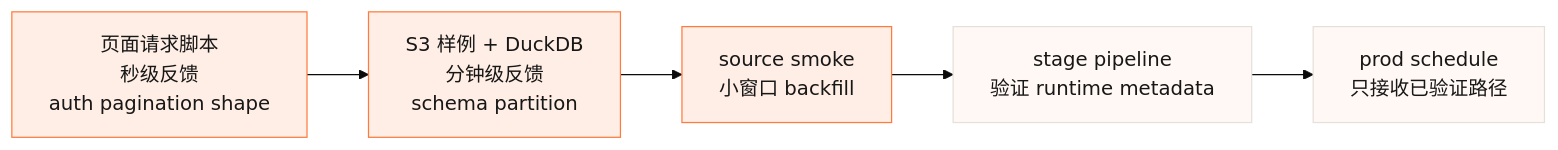
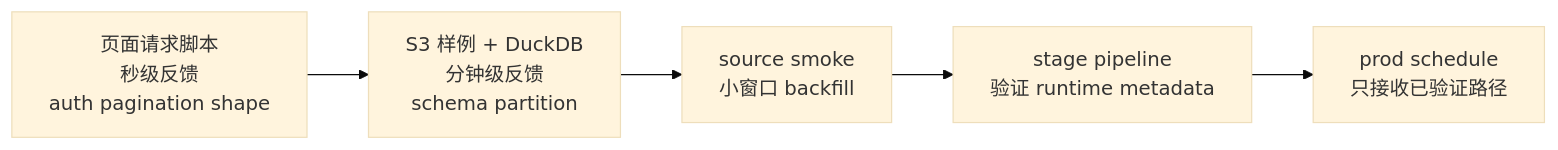
The diagram in reports/data-agent/diagrams/cache-validation-pyramid.mmd (tihaya-anon/reporting), drawn with Mermaid (base theme) before and after one commit. The commit also changed 18 other files, not shown here.

```diff
--- a/reports/data-agent/diagrams/cache-validation-pyramid.mmd
+++ b/reports/data-agent/diagrams/cache-validation-pyramid.mmd
@@ -1,9 +1,5 @@
 flowchart LR
   Local["页面请求脚本<br/>秒级反馈<br/>auth pagination shape"] --> Duck["S3 样例 + DuckDB<br/>分钟级反馈<br/>schema partition"]
   Duck --> Smoke["source smoke<br/>小窗口 backfill"]
   Smoke --> Stage["stage pipeline<br/>验证 runtime metadata"]
   Stage --> Prod["prod schedule<br/>只接收已验证路径"]
-
-  classDef default fill:#FFEEE5,stroke:#FF7A3D,color:#171717,stroke-width:1px;
-  classDef gate fill:#FFF8F4,stroke:#E6E0DC,color:#171717,stroke-width:1px;
-  class Stage,Prod gate;
```
